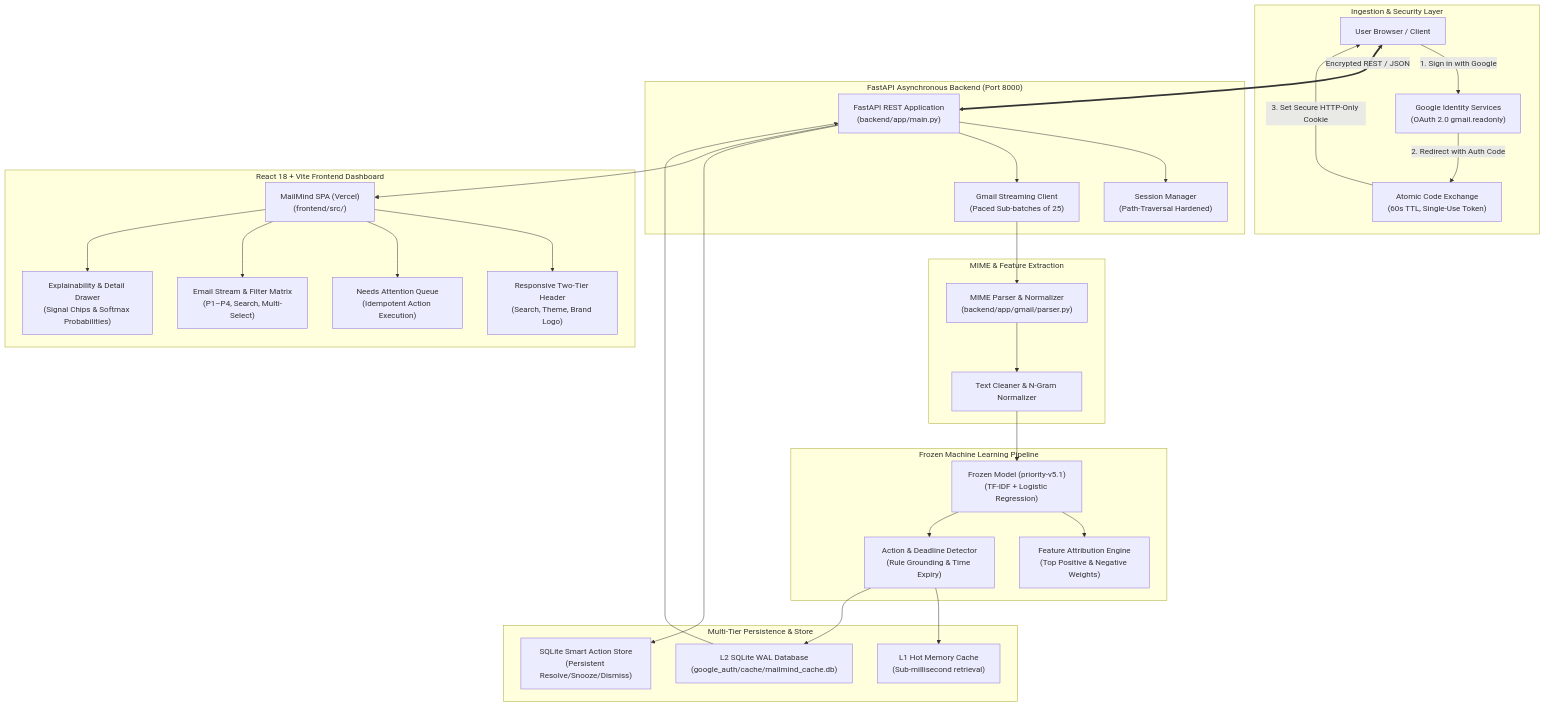
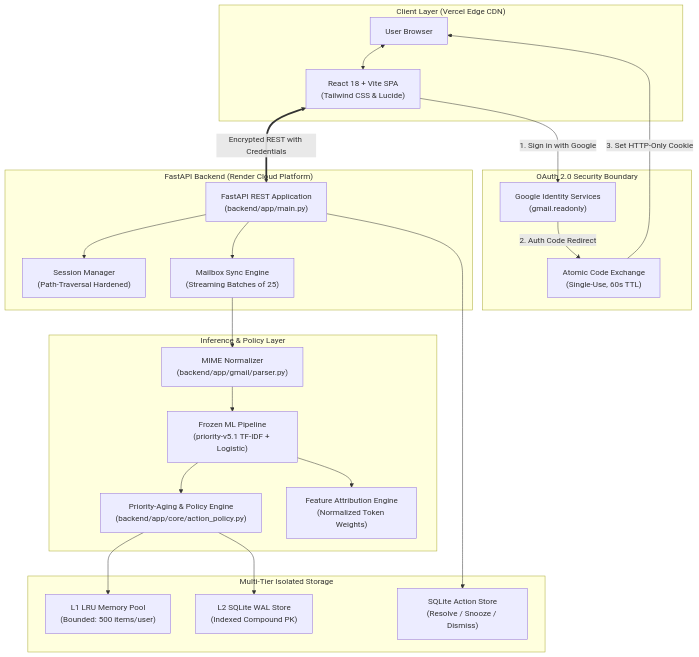
One commit to Babul-Kumar/MailMind changed the diagram in README.md. Above: the diagram before and after it, drawn with Mermaid. The commit also changed other lines of this file and 87 other files, not shown here.

````diff
--- a/README.md
+++ b/README.md
@@ -52,59 +76,48 @@
 ```mermaid
 flowchart TD
-    subgraph "Ingestion & Security Layer"
-        User["User Browser / Client"]
-        Google["Google Identity Services<br/>(OAuth 2.0 gmail.readonly)"]
-        Handoff["Atomic Code Exchange<br/>(60s TTL, Single-Use Token)"]
-        User -->|1. Sign in with Google| Google
-        Google -->|2. Redirect with Auth Code| Handoff
-        Handoff -->|3. Set Secure HTTP-Only Cookie| User
+    subgraph Client ["Client Layer (Vercel Edge CDN)"]
+        Browser["User Browser"]
+        ReactApp["React 18 + Vite SPA<br/>(Tailwind CSS & Lucide)"]
+        Browser <--> ReactApp
     end
 
-    subgraph "FastAPI Asynchronous Backend (Port 8000)"
-        API["FastAPI REST Application<br/>(backend/app/main.py)"]
-        Session["Session Manager<br/>(Path-Traversal Hardened)"]
-        Client["Gmail Streaming Client<br/>(Paced Sub-batches of 25)"]
-        API --> Session
-        API --> Client
+    subgraph Security ["OAuth 2.0 Security Boundary"]
+        GoogleAuth["Google Identity Services<br/>(gmail.readonly)"]
+        Handoff["Atomic Code Exchange<br/>(Single-Use, 60s TTL)"]
+        ReactApp -->|1. Sign in with Google| GoogleAuth
+        GoogleAuth -->|2. Auth Code Redirect| Handoff
+        Handoff -->|3. Set HTTP-Only Cookie| Browser
     end
 
-    subgraph "MIME & Feature Extraction"
-        Parser["MIME Parser & Normalizer<br/>(backend/app/gmail/parser.py)"]
-        Clean["Text Cleaner & N-Gram Normalizer"]
-        Client --> Parser --> Clean
+    subgraph Backend ["FastAPI Backend (Render Cloud Platform)"]
+        API["FastAPI REST Application<br/>(backend/app/main.py)"]
+        SessionMgr["Session Manager<br/>(Path-Traversal Hardened)"]
+        ScanEngine["Mailbox Sync Engine<br/>(Streaming Batches of 25)"]
+        API --> SessionMgr
+        API --> ScanEngine
     end
 
-    subgraph "Frozen Machine Learning Pipeline"
-        Model["Frozen Model (priority-v5.1)<br/>(TF-IDF + Logistic Regression)"]
-        Explainer["Feature Attribution Engine<br/>(Top Positive & Negative Weights)"]
-        ActionEngine["Action & Deadline Detector<br/>(Rule Grounding & Time Expiry)"]
-        Clean --> Model
-        Model --> Explainer
-        Model --> ActionEngine
+    subgraph Intelligence ["Inference & Policy Layer"]
+        Parser["MIME Normalizer<br/>(backend/app/gmail/parser.py)"]
+        MLModel["Frozen ML Pipeline<br/>(priority-v5.1 TF-IDF + Logistic)"]
+        AgingEngine["Priority-Aging & Policy Engine<br/>(backend/app/core/action_policy.py)"]
+        Explainer["Feature Attribution Engine<br/>(Normalized Token Weights)"]
+        
+        ScanEngine --> Parser
+        Parser --> MLModel
+        MLModel --> Explainer
+        MLModel --> AgingEngine
     end
 
-    subgraph "Multi-Tier Persistence & Store"
-        L1["L1 Hot Memory Cache<br/>(Sub-millisecond retrieval)"]
-        L2["L2 SQLite WAL Database<br/>(google_auth/cache/mailmind_cache.db)"]
-        Actions["SQLite Smart Action Store<br/>(Persistent Resolve/Snooze/Dismiss)"]
-        ActionEngine --> L1
-        ActionEngine --> L2
-        API --> Actions
+    subgraph Storage ["Multi-Tier Isolated Storage"]
+        L1Cache["L1 LRU Memory Pool<br/>(Bounded: 500 items/user)"]
+        L2SQLite["L2 SQLite WAL Store<br/>(Indexed Compound PK)"]
+        ActionStore["SQLite Action Store<br/>(Resolve / Snooze / Dismiss)"]
+        
+        AgingEngine --> L1Cache
+        AgingEngine --> L2SQLite
+        API --> ActionStore
     end
 
-    subgraph "React 18 + Vite Frontend Dashboard"
-        Dashboard["MailMind SPA (Vercel)<br/>(frontend/src/)"]
-        TopBar["Responsive Two-Tier Header<br/>(Search, Theme, Brand Logo)"]
-        Queue["Needs Attention Queue<br/>(Idempotent Action Execution)"]
-        List["Email Stream & Filter Matrix<br/>(P1–P4, Search, Multi-Select)"]
-        Drawer["Explainability & Detail Drawer<br/>(Signal Chips & Softmax Probabilities)"]
-        Dashboard --> TopBar
-        Dashboard --> Queue
-        Dashboard --> List
-        Dashboard --> Drawer
-    end
-
-    User <==>|Encrypted REST / JSON| API
-    L2 --> API
-    API --> Dashboard
+    ReactApp <==>|Encrypted REST with Credentials| API
 ```
````
